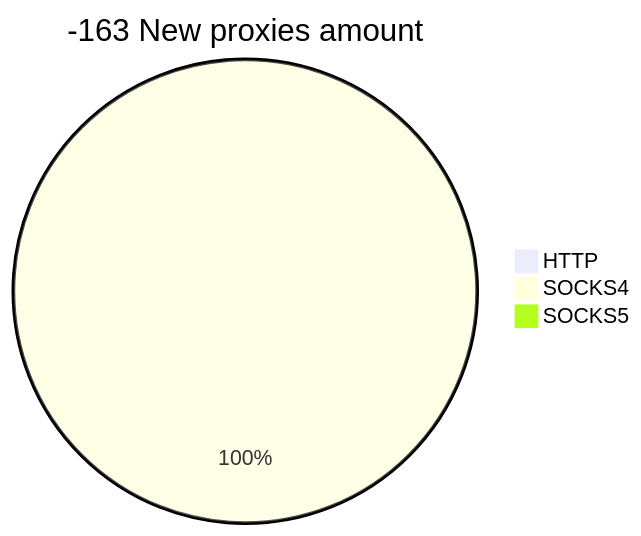
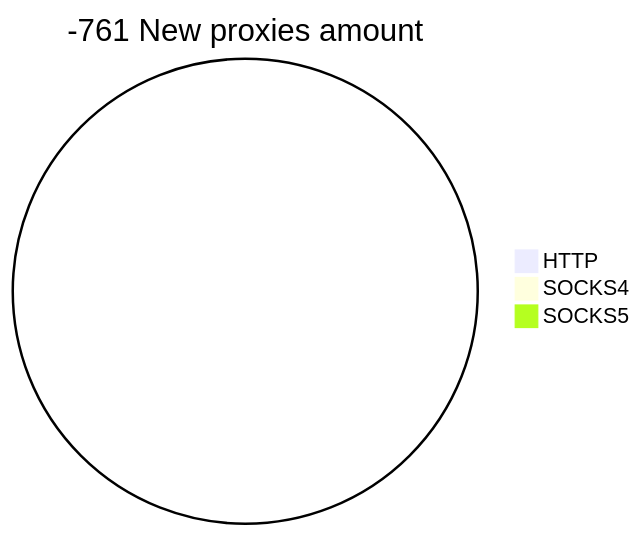
Before and after one commit to cutipu/proxylist: the second of 2 diagrams in README.md, drawn with Mermaid. The commit also changed other lines of this file, not shown here.

````diff
--- a/README.md
+++ b/README.md
@@ -10,6 +10,6 @@
 ```mermaid
-pie title -163 New proxies amount
+pie title -761 New proxies amount
     "HTTP" : 0
-    "SOCKS4" : 1
+    "SOCKS4" : 0
     "SOCKS5" : 0
 ```
````
